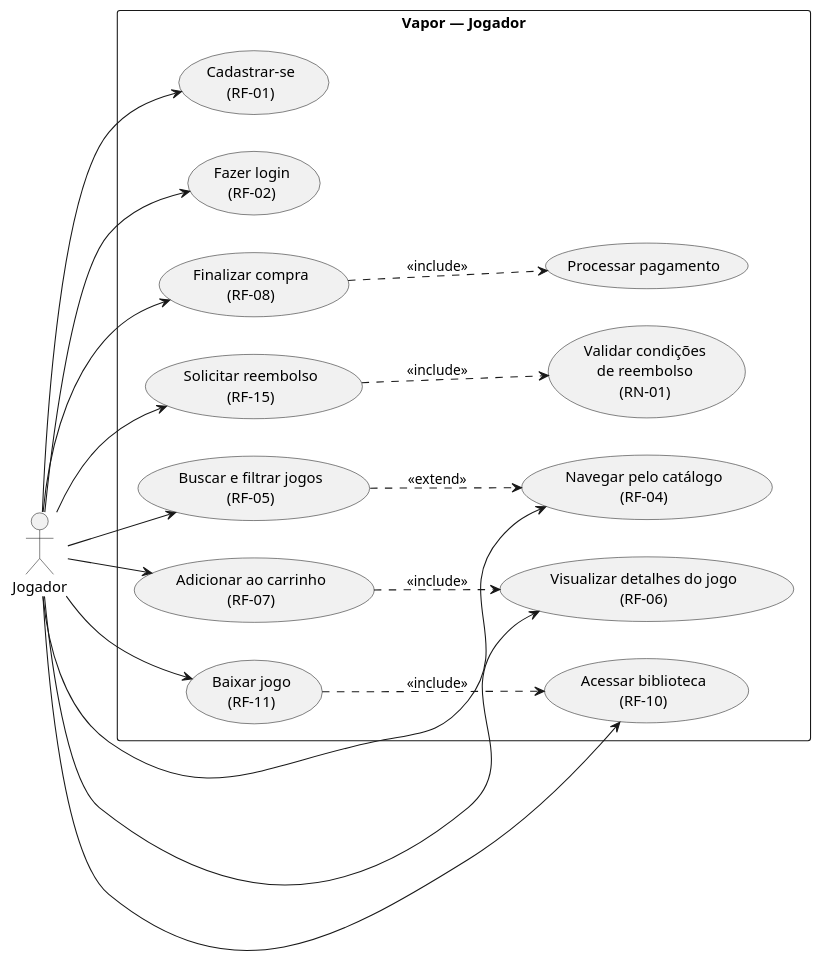
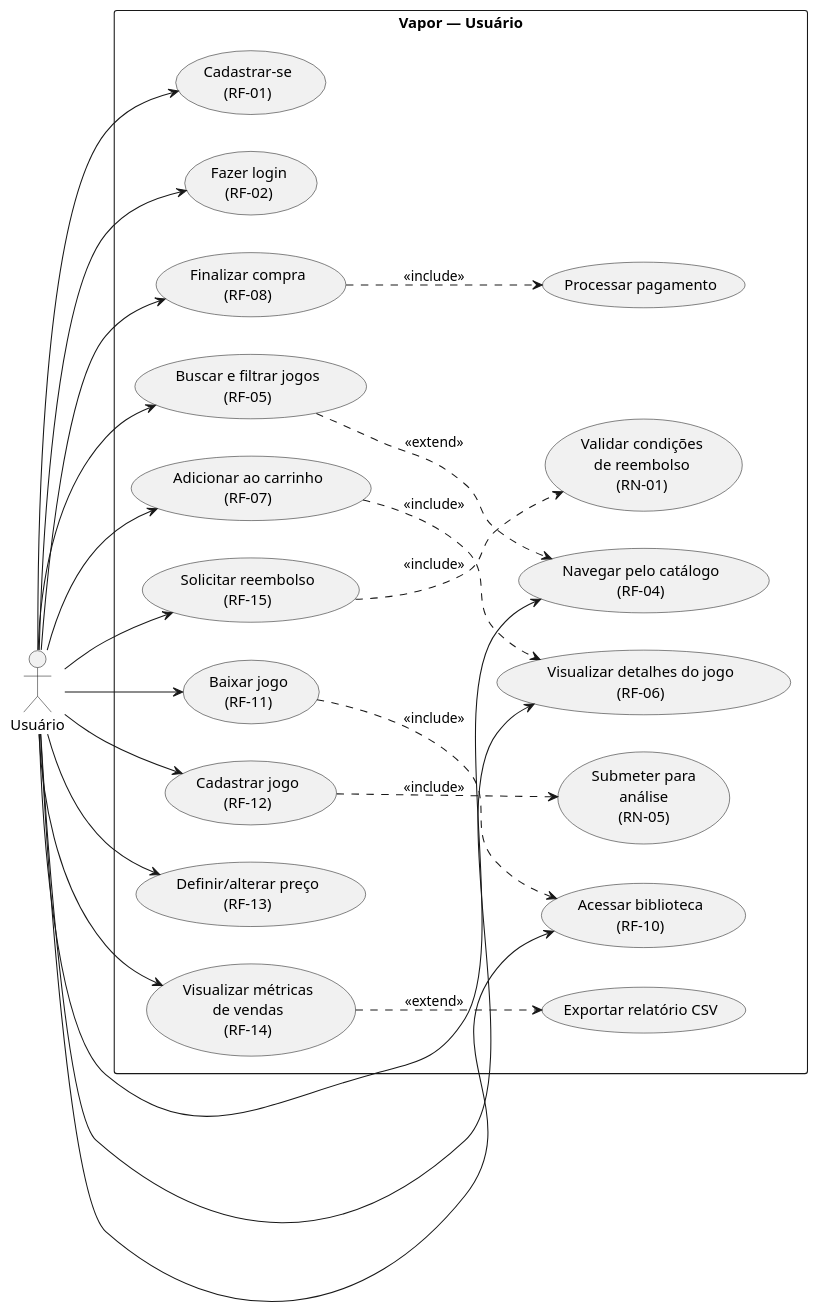
The second of 14 diagrams in projeto-vapor.adoc (osantana/a3-ms), drawn with PlantUML before and after one commit. The commit also changed other lines of this file and 33 other files, not shown here.

```diff
--- a/projeto-vapor.adoc
+++ b/projeto-vapor.adoc
@@ -358,40 +355,50 @@
 [plantuml, pdfwidth=75%]
 ----
 @startuml
 left to right direction
 
-actor "Jogador" as jogador
+actor "Usuário" as usuario
 
-rectangle "Vapor — Jogador" {
+rectangle "Vapor — Usuário" {
     usecase "Cadastrar-se\n(RF-01)" as UC01
     usecase "Fazer login\n(RF-02)" as UC02
     usecase "Navegar pelo catálogo\n(RF-04)" as UC03
     usecase "Buscar e filtrar jogos\n(RF-05)" as UC04
     usecase "Visualizar detalhes do jogo\n(RF-06)" as UC05
     usecase "Adicionar ao carrinho\n(RF-07)" as UC06
     usecase "Finalizar compra\n(RF-08)" as UC07
     usecase "Acessar biblioteca\n(RF-10)" as UC08
     usecase "Baixar jogo\n(RF-11)" as UC09
     usecase "Solicitar reembolso\n(RF-15)" as UC10
+    usecase "Cadastrar jogo\n(RF-12)" as UC11
+    usecase "Definir/alterar preço\n(RF-13)" as UC12
+    usecase "Visualizar métricas\nde vendas\n(RF-14)" as UC13
     usecase "Processar pagamento" as UC15
     usecase "Validar condições\nde reembolso\n(RN-01)" as UC17
+    usecase "Submeter para\nanálise\n(RN-05)" as UC19
+    usecase "Exportar relatório CSV" as UC18
 }
 
-jogador --> UC01
-jogador --> UC02
-jogador --> UC03
-jogador --> UC04
-jogador --> UC05
-jogador --> UC06
-jogador --> UC07
-jogador --> UC08
-jogador --> UC09
-jogador --> UC10
+usuario --> UC01
+usuario --> UC02
+usuario --> UC03
+usuario --> UC04
+usuario --> UC05
+usuario --> UC06
+usuario --> UC07
+usuario --> UC08
+usuario --> UC09
+usuario --> UC10
+usuario --> UC11
+usuario --> UC12
+usuario --> UC13
 
 UC07 ..> UC15 : <<include>>
 UC09 ..> UC08 : <<include>>
 UC06 ..> UC05 : <<include>>
 UC04 ..> UC03 : <<extend>>
 UC10 ..> UC17 : <<include>>
+UC11 ..> UC19 : <<include>>
+UC13 ..> UC18 : <<extend>>
 @enduml
 ----
```
